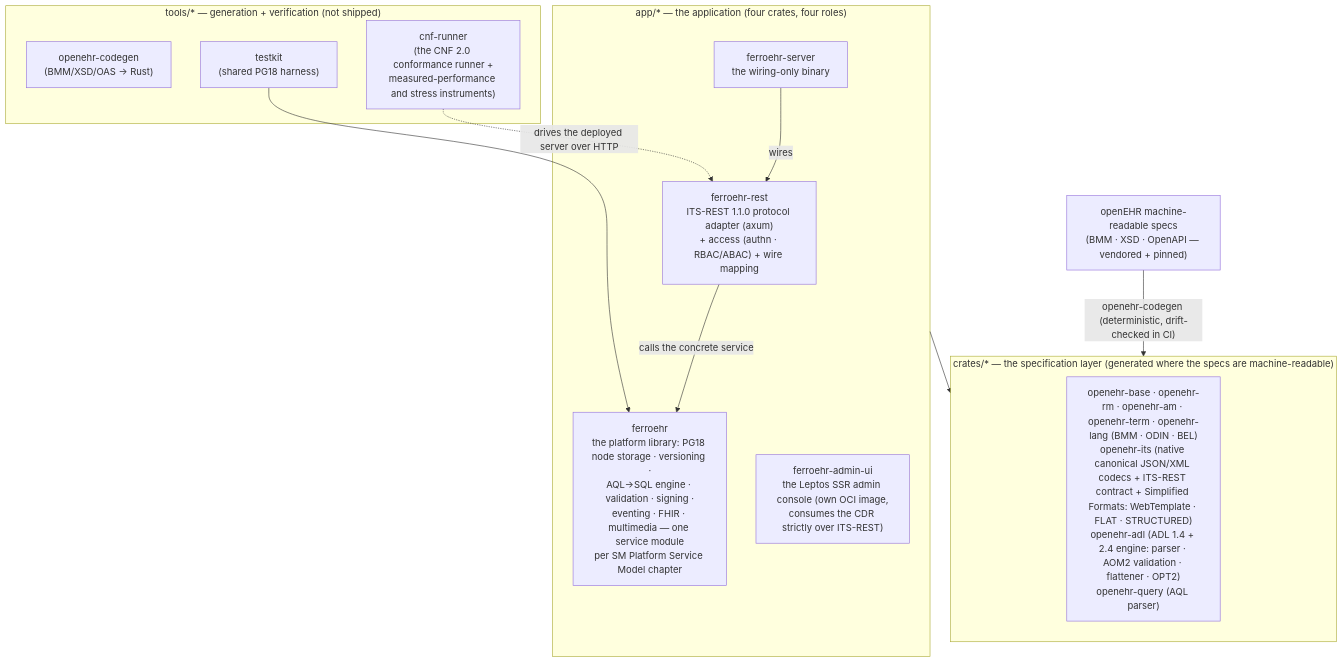
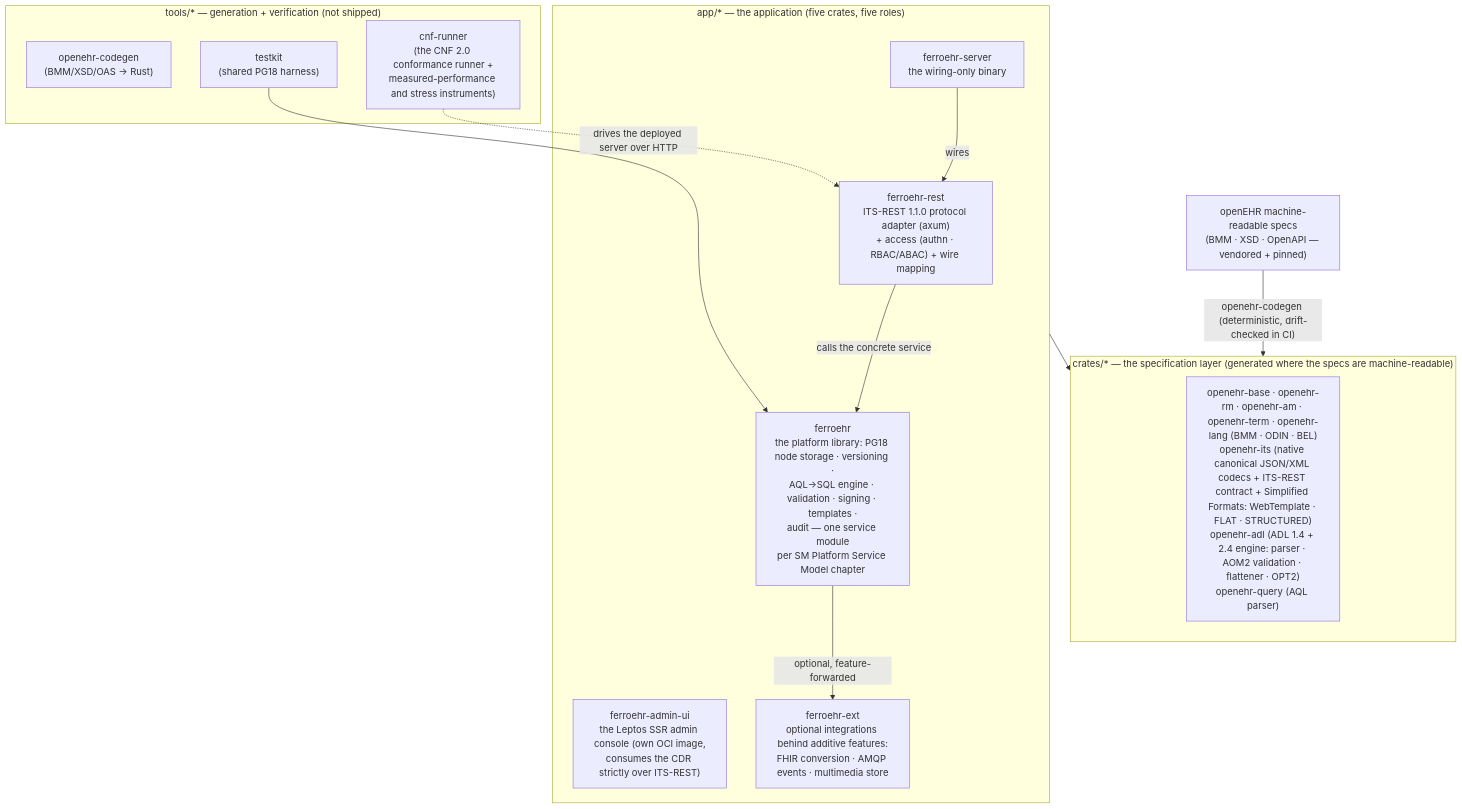
Before and after one commit to rubentalstra/FerroEHR: the diagram in README.md, drawn with Mermaid. The commit also changed other lines of this file and 1 other file, not shown here.

First line of the commit message:
docs(readme): document the two selectable spec generations and the published crates

````diff
--- a/README.md
+++ b/README.md
@@ -226,28 +302,30 @@
 ```mermaid
 flowchart TB
     specs["openEHR machine-readable specs<br/>(BMM · XSD · OpenAPI — vendored + pinned)"]
 
     subgraph crates ["crates/* — the specification layer (generated where the specs are machine-readable)"]
         openehr["openehr-base · openehr-rm · openehr-am · openehr-term · openehr-lang (BMM · ODIN · BEL)<br/>openehr-its (native canonical JSON/XML codecs + ITS-REST contract + Simplified Formats: WebTemplate · FLAT · STRUCTURED)<br/>openehr-adl (ADL 1.4 + 2.4 engine: parser · AOM2 validation · flattener · OPT2)<br/>openehr-query (AQL parser)"]
     end
 
-    subgraph app ["app/* — the application (four crates, four roles)"]
+    subgraph app ["app/* — the application (five crates, five roles)"]
         rest["ferroehr-rest<br/>ITS-REST 1.1.0 protocol adapter (axum)<br/>+ access (authn · RBAC/ABAC) + wire mapping"]
-        core["ferroehr<br/>the platform library: PG18 node storage · versioning ·<br/>AQL→SQL engine · validation · signing ·<br/>eventing · FHIR · multimedia — one service module<br/>per SM Platform Service Model chapter"]
+        core["ferroehr<br/>the platform library: PG18 node storage · versioning ·<br/>AQL→SQL engine · validation · signing · templates ·<br/>audit — one service module<br/>per SM Platform Service Model chapter"]
         bin["ferroehr-server<br/>the wiring-only binary"]
         adminui["ferroehr-admin-ui<br/>the Leptos SSR admin console (own OCI image,<br/>consumes the CDR strictly over ITS-REST)"]
+        ext["ferroehr-ext<br/>optional integrations behind additive features:<br/>FHIR conversion · AMQP events · multimedia store"]
     end
 
     subgraph tools ["tools/* — generation + verification (not shipped)"]
         codegen["openehr-codegen<br/>(BMM/XSD/OAS → Rust)"]
         conf["cnf-runner<br/>(the CNF 2.0 conformance runner +<br/>measured-performance and stress instruments)"]
         testkit["testkit<br/>(shared PG18 harness)"]
     end
 
     specs -- "openehr-codegen (deterministic, drift-checked in CI)" --> crates
     bin -- "wires" --> rest
     rest -- "calls the concrete service" --> core
+    core -- "optional, feature-forwarded" --> ext
     app --> crates
     conf -. "drives the deployed server over HTTP" .-> rest
     testkit --> core
 ```
````
